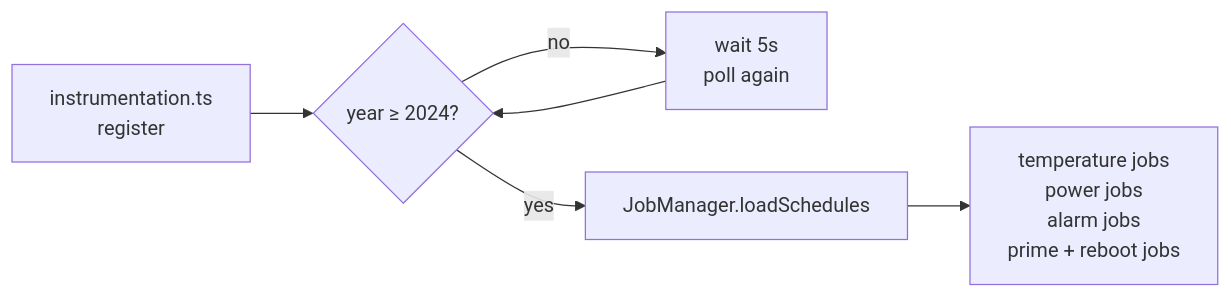
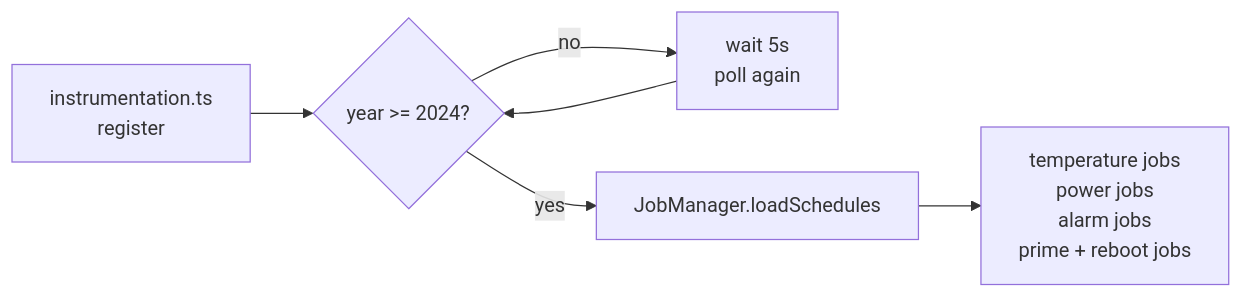
The fourth of 6 diagrams in README.md (sleepypod/core), drawn with Mermaid before and after one commit. The commit also changed other lines of this file, not shown here.

Commit message:
fix(readme): correct Mermaid syntax and license

````diff
--- a/README.md
+++ b/README.md
@@ -96,8 +96,8 @@
 ```mermaid
 flowchart LR
-    A[instrumentation.ts\nregister] --> B{year ≥ 2024?}
-    B -- no --> C[wait 5s\npoll again]
+    A["instrumentation.ts<br/>register"] --> B{year >= 2024?}
+    B -- no --> C["wait 5s<br/>poll again"]
     C --> B
     B -- yes --> D[JobManager.loadSchedules]
-    D --> E[temperature jobs\npower jobs\nalarm jobs\nprime + reboot jobs]
+    D --> E["temperature jobs<br/>power jobs<br/>alarm jobs<br/>prime + reboot jobs"]
 ```
````
